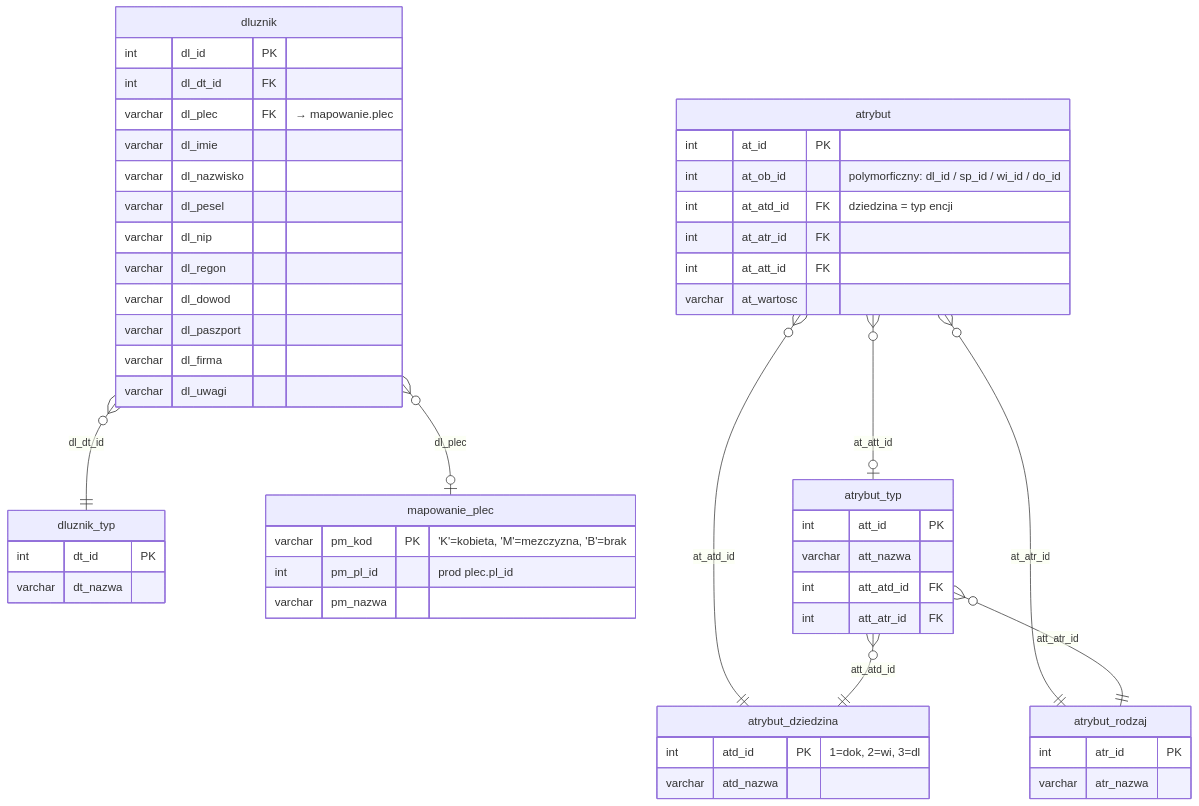
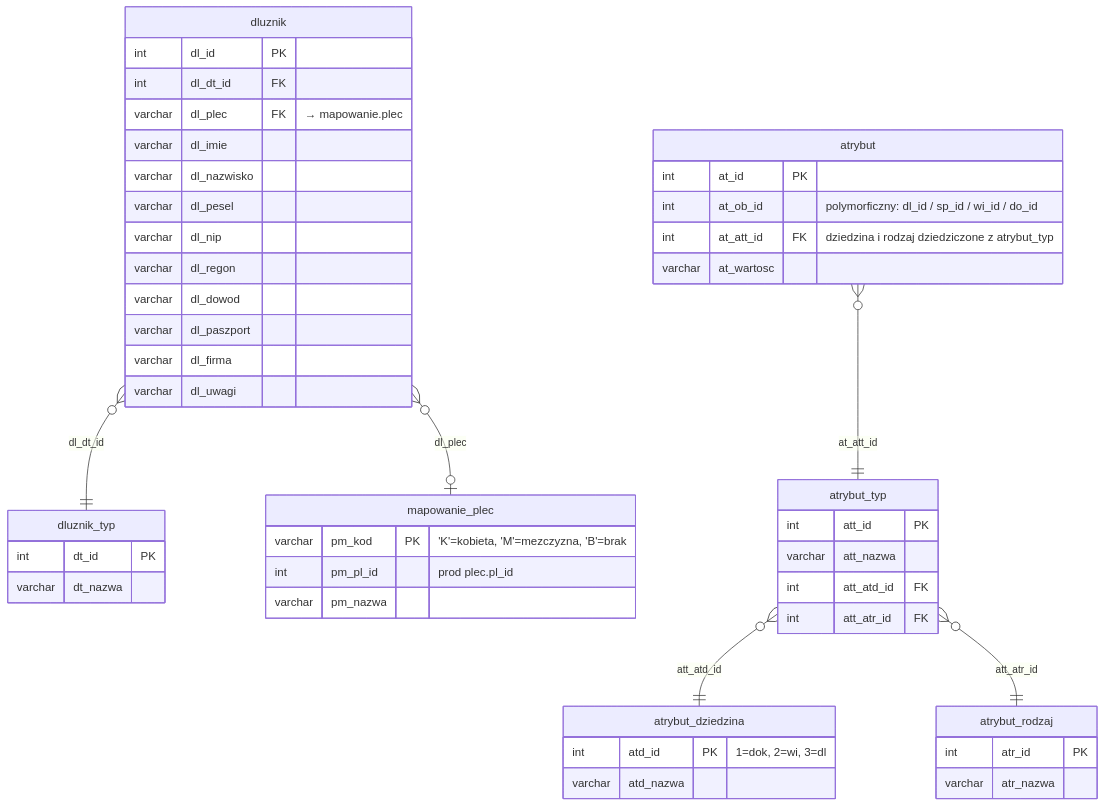
The diagram in diagrams/iter2_dluznik_atrybut.md (oskar-bialek-bakk/intrum-migration-docs), drawn with Mermaid before and after one commit. The commit also changed 8 other files, not shown here.

````diff
--- a/diagrams/iter2_dluznik_atrybut.md
+++ b/diagrams/iter2_dluznik_atrybut.md
@@ -3,62 +3,58 @@
 ```mermaid
 erDiagram
     dluznik_typ {
         int     dt_id    PK
         varchar dt_nazwa
     }
 
     mapowanie_plec {
         varchar pm_kod    PK  "'K'=kobieta, 'M'=mezczyzna, 'B'=brak"
         int     pm_pl_id      "prod plec.pl_id"
         varchar pm_nazwa
     }
 
     dluznik {
         int     dl_id         PK
         int     dl_dt_id      FK
         varchar dl_plec       FK  "→ mapowanie.plec"
         varchar dl_imie
         varchar dl_nazwisko
         varchar dl_pesel
         varchar dl_nip
         varchar dl_regon
         varchar dl_dowod
         varchar dl_paszport
         varchar dl_firma
         varchar dl_uwagi
     }
 
     atrybut_dziedzina {
         int     atd_id    PK   "1=dok, 2=wi, 3=dl"
         varchar atd_nazwa
     }
 
     atrybut_rodzaj {
         int     atr_id    PK
         varchar atr_nazwa
     }
 
     atrybut_typ {
         int     att_id     PK
         varchar att_nazwa
         int     att_atd_id FK
         int     att_atr_id FK
     }
 
     atrybut {
         int     at_id     PK
         int     at_ob_id       "polymorficzny: dl_id / sp_id / wi_id / do_id"
-        int     at_atd_id FK   "dziedzina = typ encji"
-        int     at_atr_id FK
-        int     at_att_id FK
+        int     at_att_id FK   "dziedzina i rodzaj dziedziczone z atrybut_typ"
         varchar at_wartosc
     }
 
     dluznik     }o--||  dluznik_typ       : "dl_dt_id"
     dluznik     }o--o|  mapowanie_plec    : "dl_plec"
-    atrybut     }o--||  atrybut_dziedzina : "at_atd_id"
-    atrybut     }o--||  atrybut_rodzaj    : "at_atr_id"
-    atrybut     }o--o|  atrybut_typ       : "at_att_id"
+    atrybut     }o--||  atrybut_typ       : "at_att_id"
     atrybut_typ }o--||  atrybut_dziedzina : "att_atd_id"
     atrybut_typ }o--||  atrybut_rodzaj    : "att_atr_id"
 ```
````
